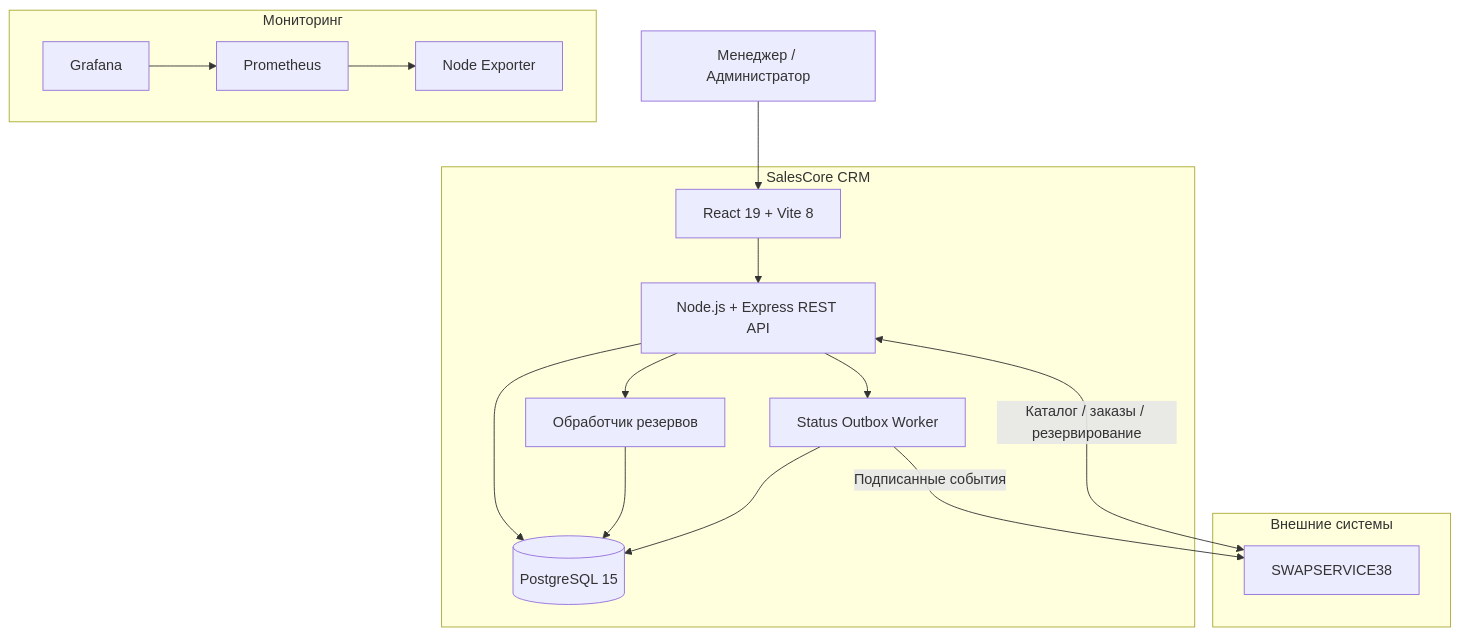
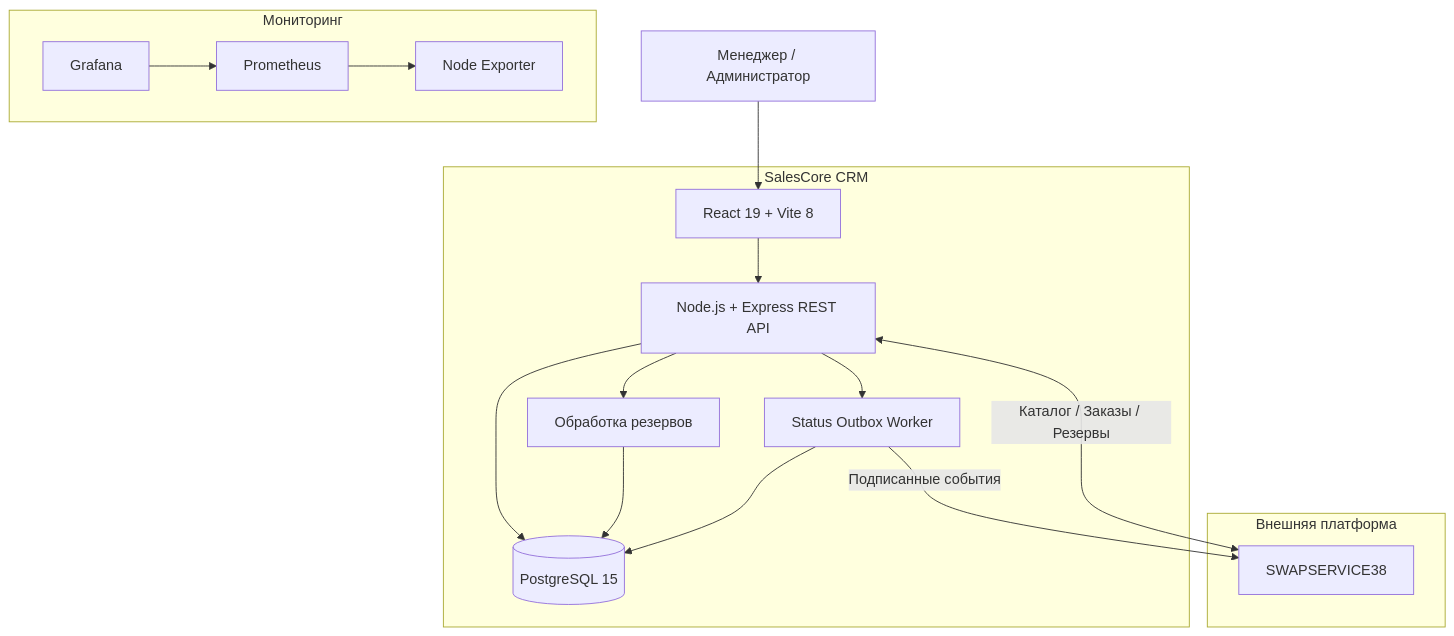
The first of 2 diagrams in README.md (Mikhail1708/crm-tunning), drawn with Mermaid before and after one commit. The commit also changed other lines of this file, not shown here.

````diff
--- a/README.md
+++ b/README.md
@@ -153,36 +203,38 @@
 ```mermaid
 flowchart TD
-    U["Менеджер / Администратор"]
+    User["Менеджер / Администратор"]
 
-    subgraph CRM["SalesCore CRM"]
-        UI["React 19 + Vite 8"]
-        API["Node.js + Express REST API"]
+    subgraph Application["SalesCore CRM"]
+        Frontend["React 19 + Vite 8"]
+        Backend["Node.js + Express REST API"]
         DB[("PostgreSQL 15")]
-        RES["Обработчик резервов"]
-        OUT["Status Outbox Worker"]
+        Reservation["Обработка резервов"]
+        Outbox["Status Outbox Worker"]
     end
 
-    subgraph EXT["Внешние системы"]
-        SITE["SWAPSERVICE38"]
+    subgraph External["Внешняя платформа"]
+        Site["SWAPSERVICE38"]
     end
 
-    subgraph OBS["Мониторинг"]
-        PROM["Prometheus"]
-        GRAF["Grafana"]
-        NODE["Node Exporter"]
+    subgraph Monitoring["Мониторинг"]
+        Prometheus["Prometheus"]
+        Grafana["Grafana"]
+        Exporter["Node Exporter"]
     end
 
-    U --> UI
-    UI --> API
-    API --> DB
-    API --> RES
-    RES --> DB
-    API --> OUT
-    OUT --> DB
+    User --> Frontend
+    Frontend --> Backend
 
-    SITE <-->|"Каталог / заказы / резервирование"| API
-    OUT -->|"Подписанные события"| SITE
+    Backend --> DB
+    Backend --> Reservation
+    Reservation --> DB
 
-    GRAF --> PROM
-    PROM --> NODE
+    Backend --> Outbox
+    Outbox --> DB
+
+    Site <-->|"Каталог / Заказы / Резервы"| Backend
+    Outbox -->|"Подписанные события"| Site
+
+    Grafana --> Prometheus
+    Prometheus --> Exporter
 ```
````
